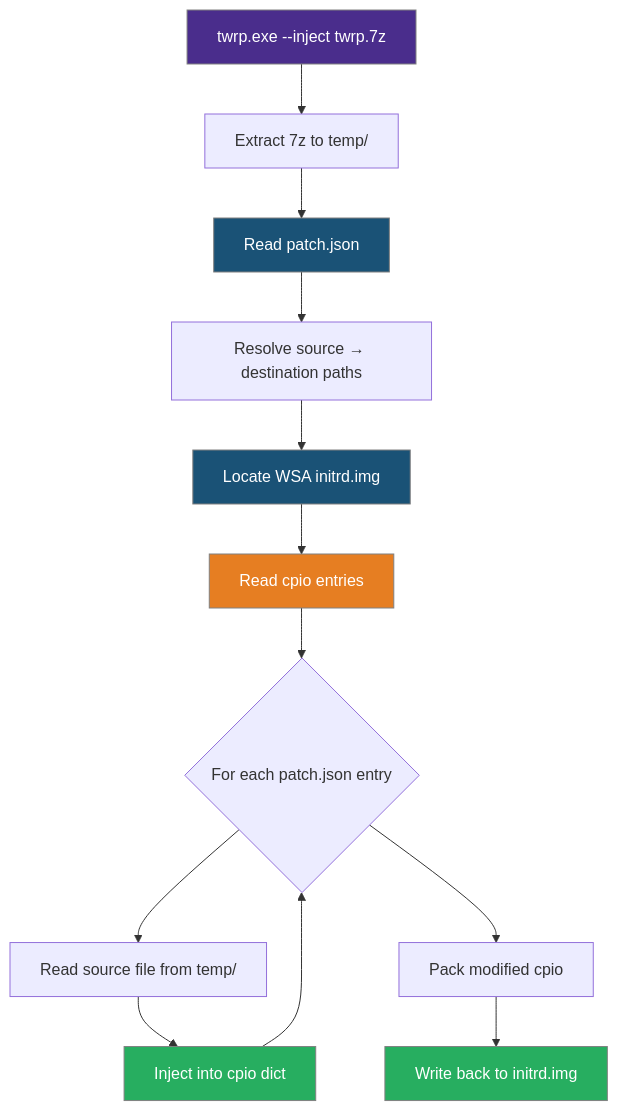
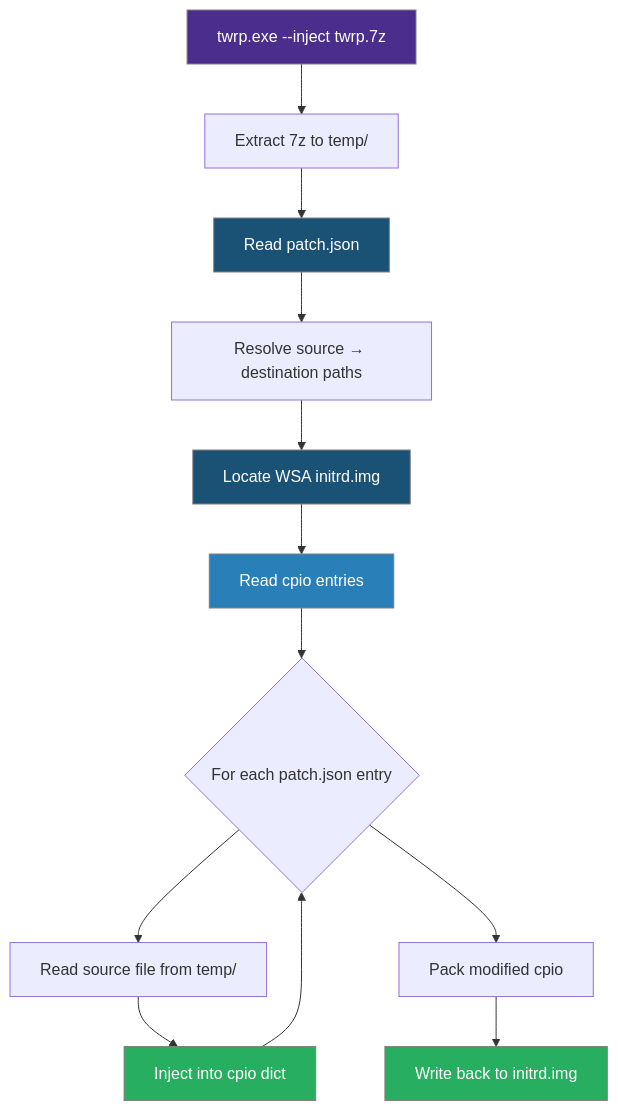
The second of 3 diagrams in docs/flow.md (WSA-Installer/twrp-for-wsa), drawn with Mermaid before and after one commit. The commit also changed other lines of this file and 12 other files, not shown here.

Commit message:
docs: refresh legacy guides for 4.1.0 (modules, IMG Manager, hook, dispatcher CI, corrected boot flow)

````diff
--- a/docs/flow.md
+++ b/docs/flow.md
@@ -139,21 +137,21 @@
 ```mermaid
 flowchart TD
     A["twrp.exe --inject twrp.7z"] --> B[Extract 7z to temp/]
     B --> C[Read patch.json]
     C --> D[Resolve source → destination paths]
     D --> E[Locate WSA initrd.img]
     E --> F[Read cpio entries]
     F --> G{For each patch.json entry}
     G --> H[Read source file from temp/]
     H --> I[Inject into cpio dict]
     I --> G
     G --> K[Pack modified cpio]
     K --> L[Write back to initrd.img]
 
     style A fill:#4a2d8c,stroke:#808080,color:#fff
     style C fill:#1a5276,stroke:#808080,color:#fff
     style E fill:#1a5276,stroke:#808080,color:#fff
-    style F fill:#e67e22,stroke:#808080,color:#fff
+    style F fill:#2980b9,stroke:#808080,color:#fff
     style I fill:#27ae60,stroke:#808080,color:#fff
     style L fill:#27ae60,stroke:#808080,color:#fff
 ```
````
